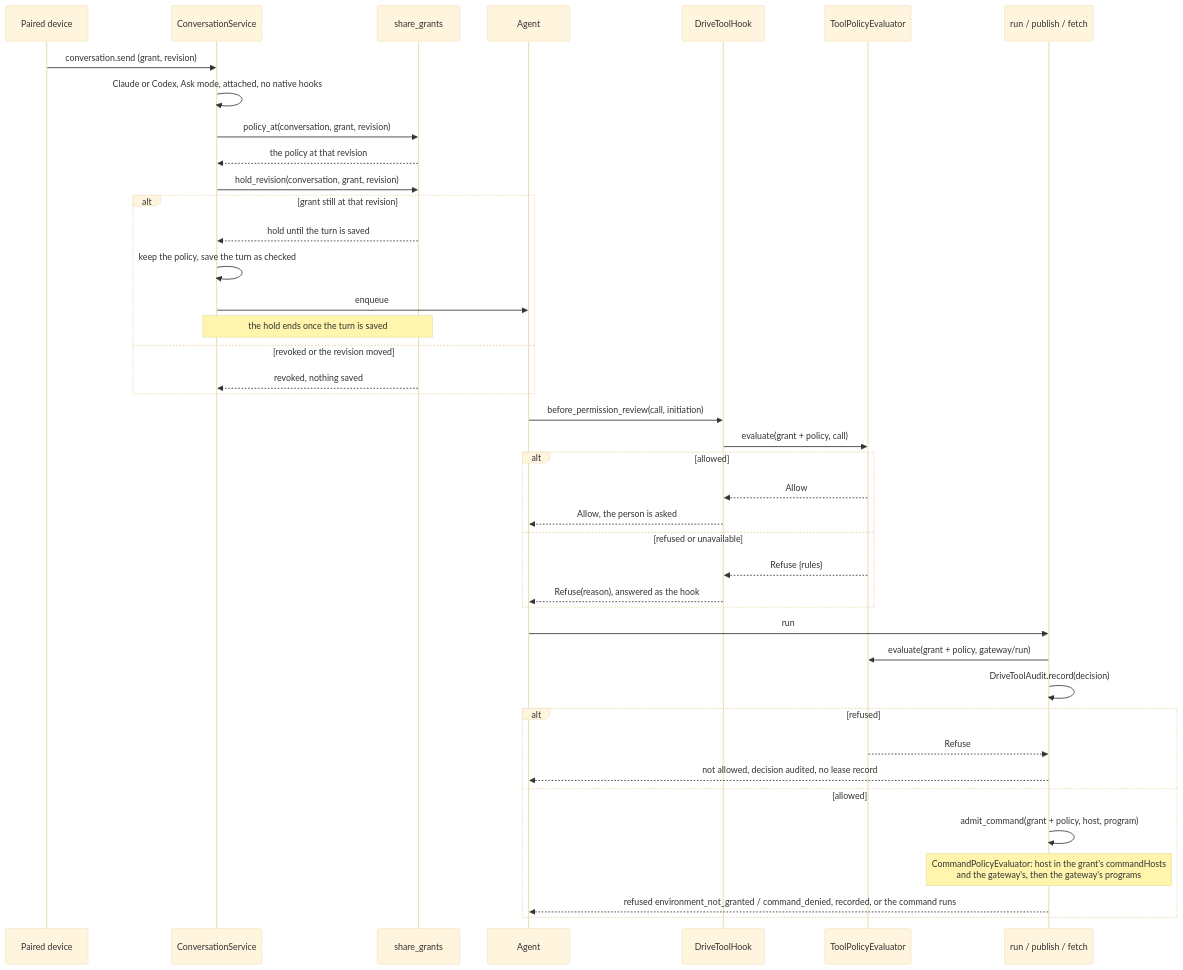
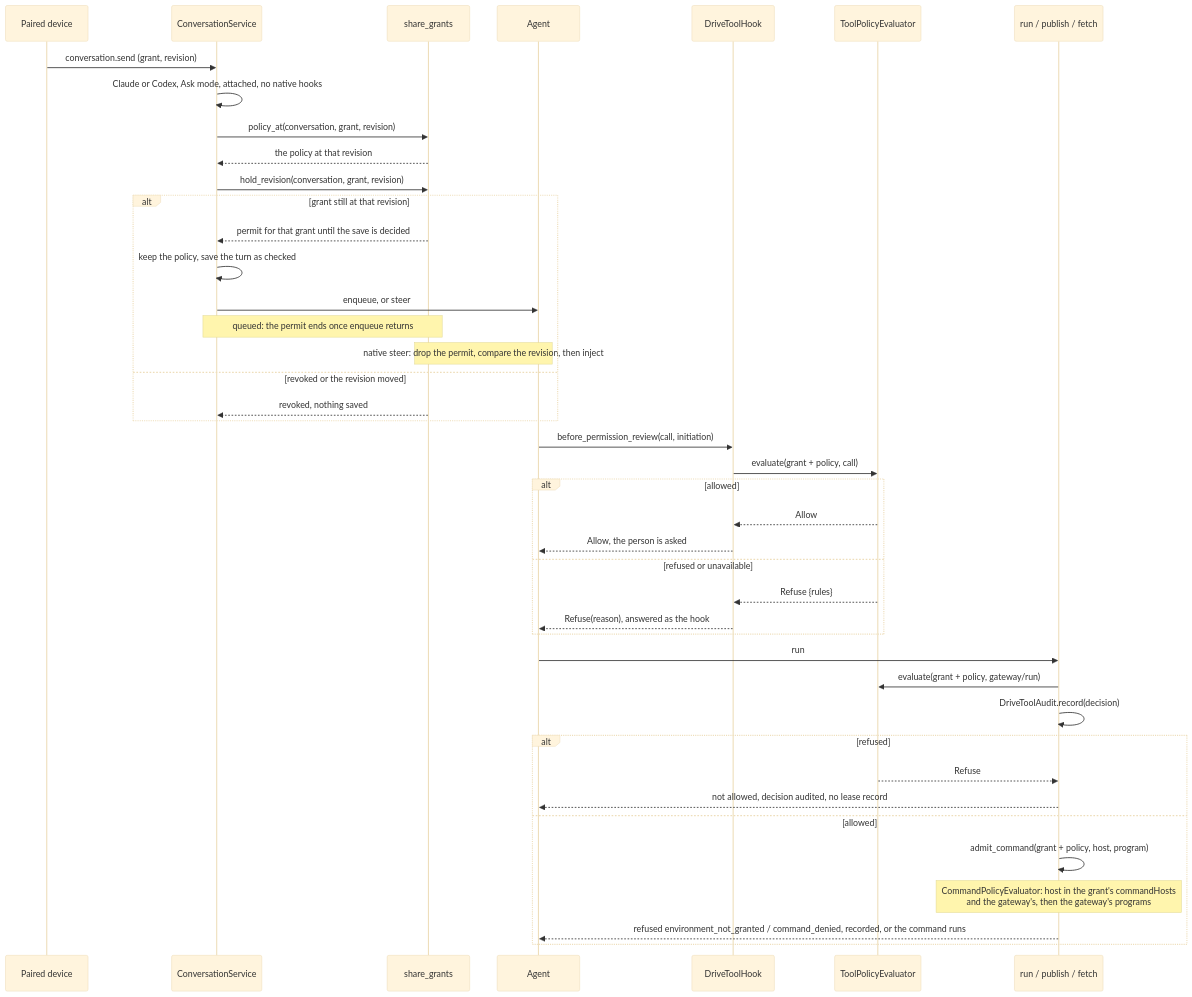
One commit to nessalabs/nessa-agent changed the third of 6 diagrams in docs/design/read-grants.md. Above: the diagram before and after it, drawn with Mermaid (base theme). The commit also changed other lines of this file and 26 other files, not shown here.

First line of the commit message:
Scope Drive-turn admission to one grant.

````diff
--- a/docs/design/read-grants.md
+++ b/docs/design/read-grants.md
@@ -345,43 +354,44 @@
 ```mermaid
 sequenceDiagram
     participant Device as Paired device
     participant Service as ConversationService
     participant Grants as share_grants
     participant Agent
     participant Hook as DriveToolHook
     participant Cedar as ToolPolicyEvaluator
     participant Gateway as run / publish / fetch
     Device->>Service: conversation.send (grant, revision)
     Service->>Service: Claude or Codex, Ask mode, attached, no native hooks
     Service->>Grants: policy_at(conversation, grant, revision)
     Grants-->>Service: the policy at that revision
     Service->>Grants: hold_revision(conversation, grant, revision)
     alt grant still at that revision
-        Grants-->>Service: hold until the turn is saved
+        Grants-->>Service: permit for that grant until the save is decided
         Service->>Service: keep the policy, save the turn as checked
-        Service->>Agent: enqueue
-        Note over Service,Grants: the hold ends once the turn is saved
+        Service->>Agent: enqueue, or steer
+        Note over Service,Grants: queued: the permit ends once enqueue returns
+        Note over Agent,Grants: native steer: drop the permit, compare the revision, then inject
     else revoked or the revision moved
         Grants-->>Service: revoked, nothing saved
     end
     Agent->>Hook: before_permission_review(call, initiation)
     Hook->>Cedar: evaluate(grant + policy, call)
     alt allowed
         Cedar-->>Hook: Allow
         Hook-->>Agent: Allow, the person is asked
     else refused or unavailable
         Cedar-->>Hook: Refuse {rules}
         Hook-->>Agent: Refuse(reason), answered as the hook
     end
     Agent->>Gateway: run
     Gateway->>Cedar: evaluate(grant + policy, gateway/run)
     Gateway->>Gateway: DriveToolAudit.record(decision)
     alt refused
         Cedar-->>Gateway: Refuse
         Gateway-->>Agent: not allowed, decision audited, no lease record
     else allowed
         Gateway->>Gateway: admit_command(grant + policy, host, program)
         Note over Gateway: CommandPolicyEvaluator: host in the grant's commandHosts<br/>and the gateway's, then the gateway's programs
         Gateway-->>Agent: refused environment_not_granted / command_denied, recorded, or the command runs
     end
 ```
````
